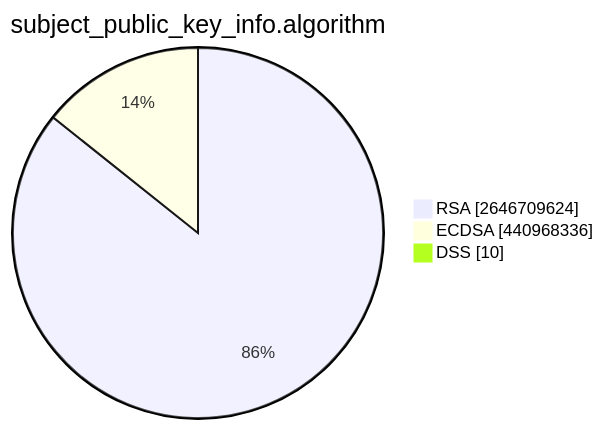
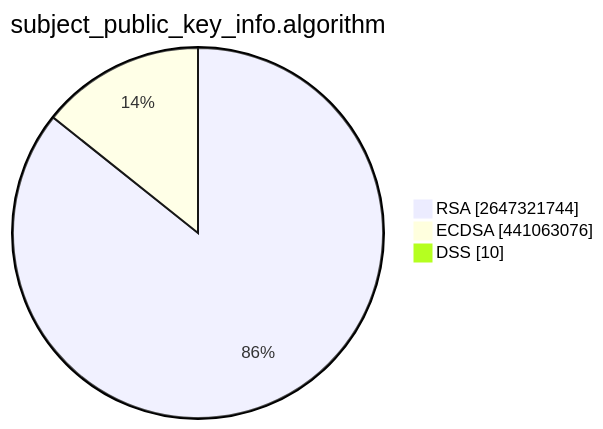
One commit to christiankrug/ctmonitor_visualization changed the second of 15 diagrams in TOTAL/README.md. Above: the diagram before and after it, drawn with Mermaid. The commit also changed other lines of this file, not shown here.

````diff
--- a/TOTAL/README.md
+++ b/TOTAL/README.md
@@ -6,7 +6,7 @@
 ```mermaid
 pie showData
 title subject_public_key_info.algorithm
-"RSA" :2646709624
-"ECDSA" :440968336
+"RSA" :2647321744
+"ECDSA" :441063076
 "DSS" :10
 ```
````
